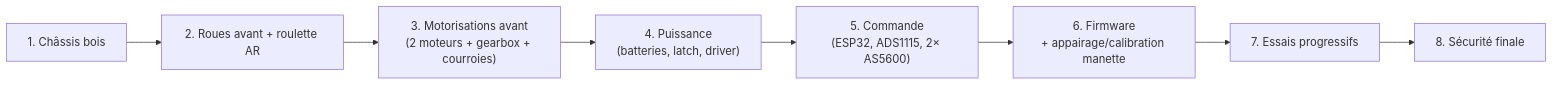
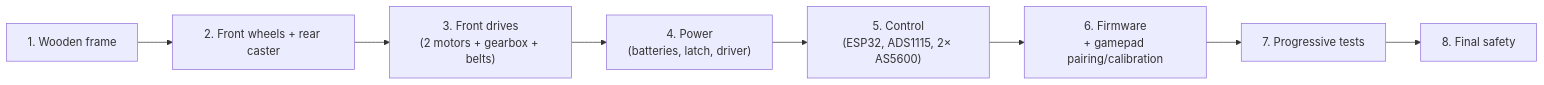
Before and after one commit to pinkymaxou/powered-soapbox-car: the tenth of 10 diagrams in README.md, drawn with Mermaid. The commit also changed other lines of this file and 49 other files, not shown here.

````diff
--- a/README.md
+++ b/README.md
@@ -709,7 +709,7 @@
 ```mermaid
 flowchart LR
-    P1["1. Châssis bois"] --> P2["2. Roues avant + roulette AR"] --> P3["3. Motorisations avant<br/>(2 moteurs + gearbox + courroies)"]
-    P3 --> P5["4. Puissance<br/>(batteries, latch, driver)"]
-    P5 --> P6["5. Commande<br/>(ESP32, ADS1115, 2× AS5600)"] --> P7["6. Firmware<br/>+ appairage/calibration manette"]
-    P7 --> P8["7. Essais progressifs"] --> P9["8. Sécurité finale"]
+    P1["1. Wooden frame"] --> P2["2. Front wheels + rear caster"] --> P3["3. Front drives<br/>(2 motors + gearbox + belts)"]
+    P3 --> P5["4. Power<br/>(batteries, latch, driver)"]
+    P5 --> P6["5. Control<br/>(ESP32, ADS1115, 2× AS5600)"] --> P7["6. Firmware<br/>+ gamepad pairing/calibration"]
+    P7 --> P8["7. Progressive tests"] --> P9["8. Final safety"]
 ```
````
